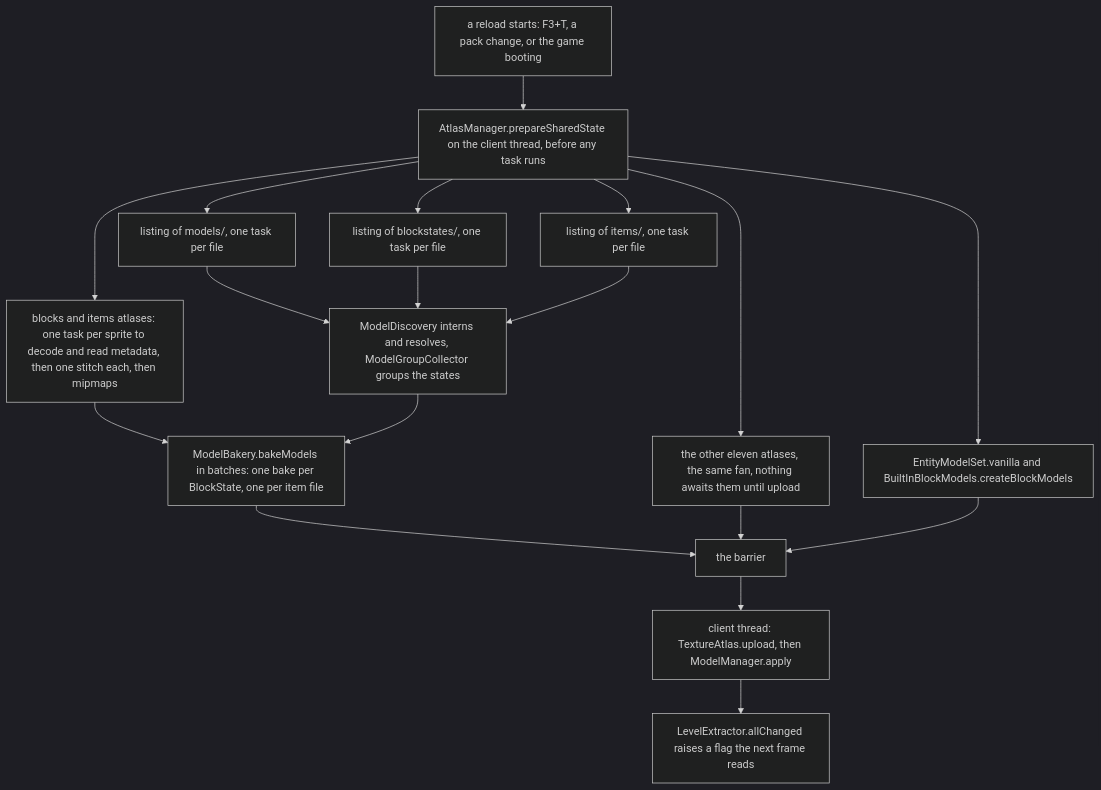
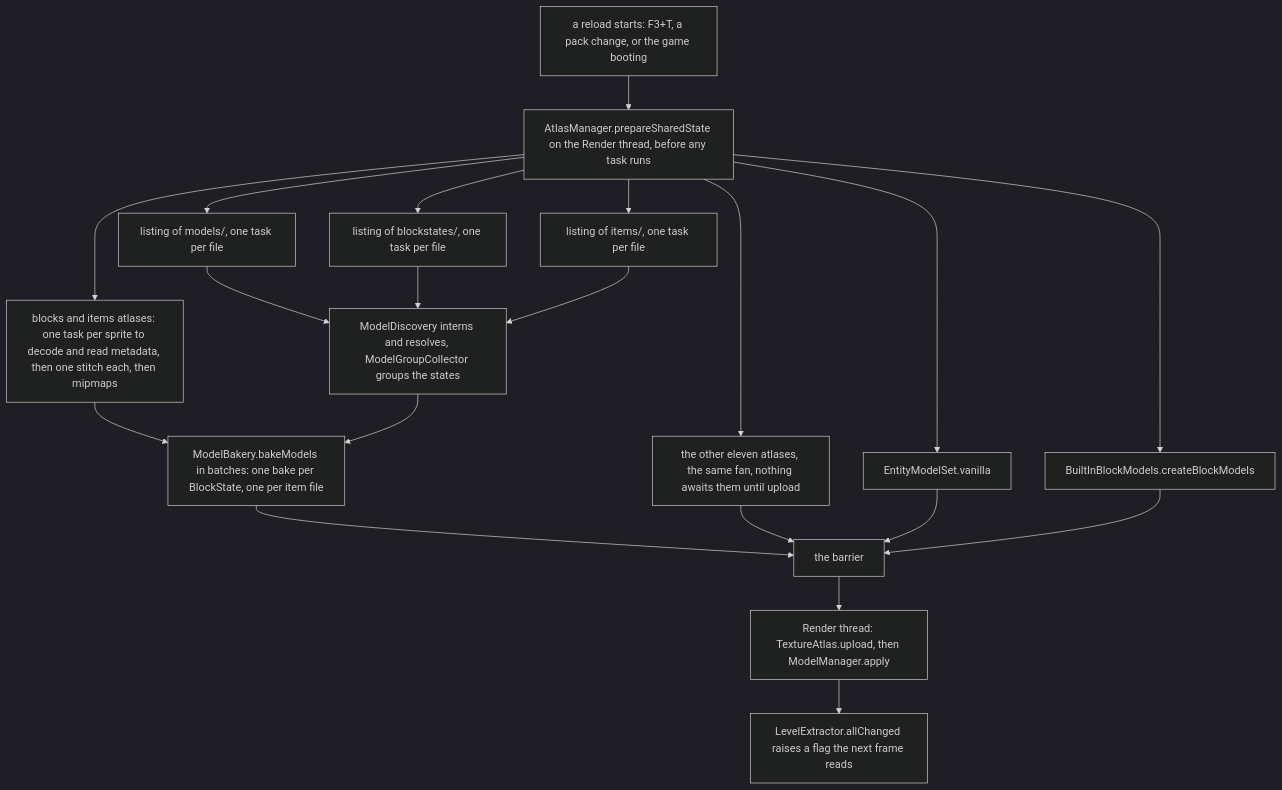
Before and after one commit to AlexanderjFraser/MinecraftDocs: the diagram in src/systems/rendering/models-and-atlases.md, drawn with Mermaid (dark theme). The commit also changed other lines of this file and 24 other files, not shown here.

````diff
--- a/src/systems/rendering/models-and-atlases.md
+++ b/src/systems/rendering/models-and-atlases.md
@@ -42,22 +43,23 @@
 ```mermaid
 flowchart TD
     RL["a reload starts: F3+T, a pack change, or the game booting"]
-    HS["AtlasManager.prepareSharedState on the client thread, before any task runs"]
+    HS["AtlasManager.prepareSharedState on the Render thread, before any task runs"]
     S1["blocks and items atlases: one task per sprite to decode and read metadata, then one stitch each, then mipmaps"]
     S2["the other eleven atlases, the same fan, nothing awaits them until upload"]
     L1["listing of models/, one task per file"]
     L2["listing of blockstates/, one task per file"]
     L3["listing of items/, one task per file"]
-    L4["EntityModelSet.vanilla and BuiltInBlockModels.createBlockModels"]
+    L4["EntityModelSet.vanilla"]
+    L5["BuiltInBlockModels.createBlockModels"]
     RES["ModelDiscovery interns and resolves, ModelGroupCollector groups the states"]
     BAKE["ModelBakery.bakeModels in batches: one bake per BlockState, one per item file"]
     BAR["the barrier"]
-    UP["client thread: TextureAtlas.upload, then ModelManager.apply"]
+    UP["Render thread: TextureAtlas.upload, then ModelManager.apply"]
     INV["LevelExtractor.allChanged raises a flag the next frame reads"]
     RL --> HS
-    HS --> S1 & S2 & L1 & L2 & L3 & L4
+    HS --> S1 & S2 & L1 & L2 & L3 & L4 & L5
     L1 & L2 & L3 --> RES
     S1 & RES --> BAKE
-    BAKE & S2 & L4 --> BAR
+    BAKE & S2 & L4 & L5 --> BAR
     BAR --> UP --> INV
 ```
````
